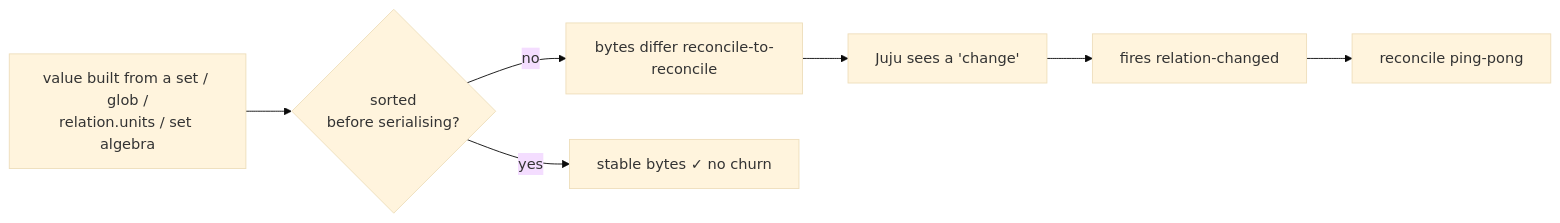
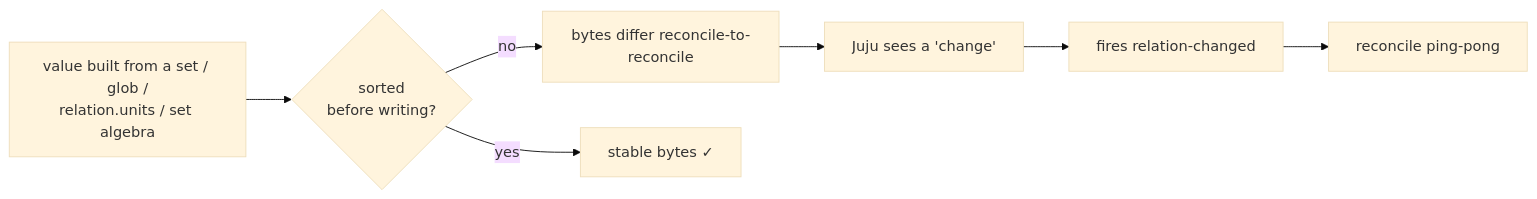
Before and after one commit to michaeldmitry/flaplint: the first of 2 diagrams in README.md, drawn with Mermaid (base theme). The commit also changed other lines of this file and 6 other files, not shown here.

````diff
--- a/README.md
+++ b/README.md
@@ -40,9 +30,9 @@
 ```mermaid
 flowchart LR
-    A[value built from a set / glob /<br/>relation.units / set algebra] --> B{sorted<br/>before serialising?}
+    A[value built from a set / glob /<br/>relation.units / set algebra] --> B{sorted<br/>before writing?}
     B -- no --> C[bytes differ reconcile-to-reconcile]
     C --> D[Juju sees a 'change']
     D --> E[fires relation-changed]
-    E --> F[reconcile ping-pong ]
-    B -- yes --> G[stable bytes ✓ no churn]
+    E --> F[reconcile ping-pong]
+    B -- yes --> G[stable bytes ✓]
 ```
````
